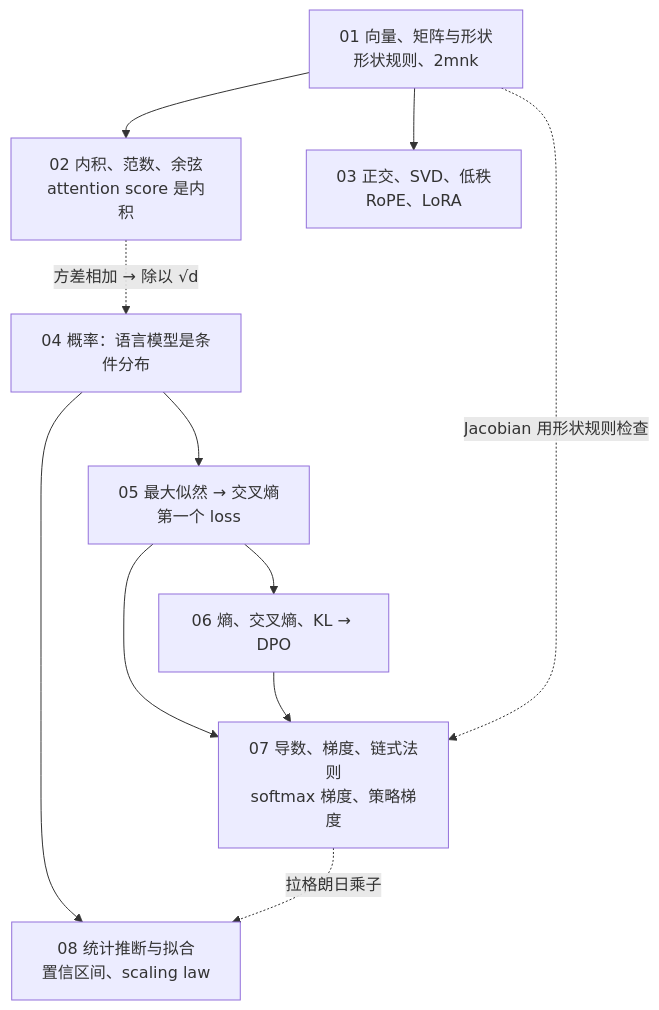
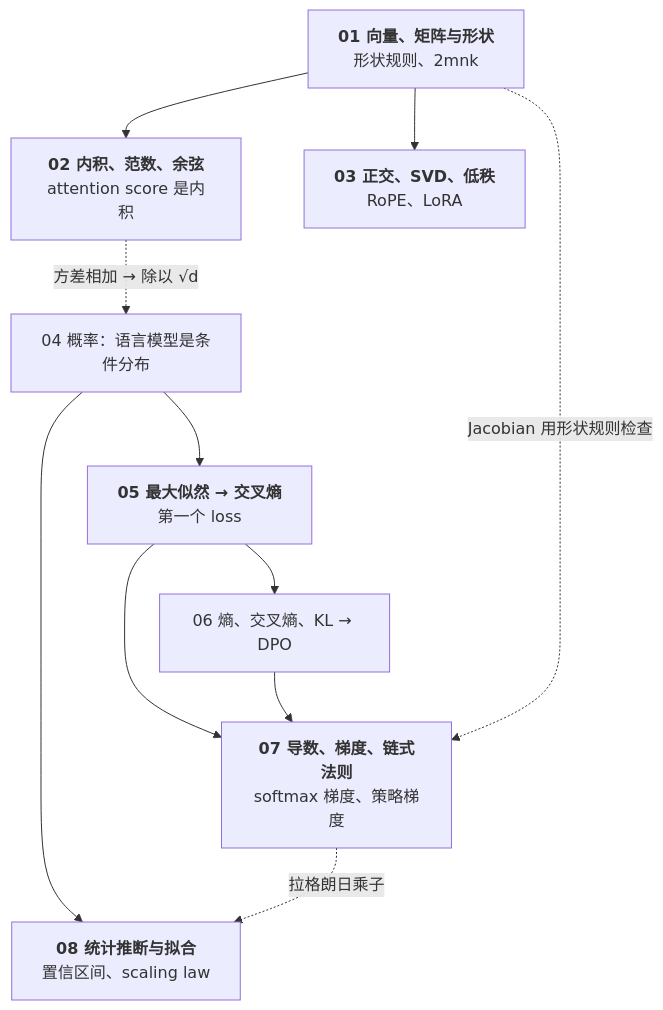
The first of 2 diagrams in _posts/2026-01-15-math-for-ai-series-recap-and-self-test.md (arganzheng/arganzheng.github.com), drawn with Mermaid before and after one commit. The commit also changed 2 other files, not shown here.

Commit message:
算法工程师的数学：读公式不卡壳的最小集：Mermaid 多行方框的首行标为标题（3 篇）
只在标签开头加 <b>…</b>，文字不变；长句、断句续行、代码 / 推演步骤、
并列行和判断菱形保持原样。

````diff
--- a/_posts/2026-01-15-math-for-ai-series-recap-and-self-test.md
+++ b/_posts/2026-01-15-math-for-ai-series-recap-and-self-test.md
@@ -19,15 +19,15 @@
 ```mermaid
 %%{init: {"flowchart": {"wrappingWidth": 170}}}%%
 %% 图：数学系列全景：形状与成本 → 分布 → 分布之间的差 → 求导 → 判断实验结果
 flowchart TB
-    M1["01 向量、矩阵与形状<br/>形状规则、2mnk"] --> M2["02 内积、范数、余弦<br/>attention score 是内积"]
-    M1 --> M3["03 正交、SVD、低秩<br/>RoPE、LoRA"]
-    M4["04 概率：语言模型是条件分布"] --> M5["05 最大似然 → 交叉熵<br/>第一个 loss"]
+    M1["<b>01 向量、矩阵与形状</b><br/>形状规则、2mnk"] --> M2["<b>02 内积、范数、余弦</b><br/>attention score 是内积"]
+    M1 --> M3["<b>03 正交、SVD、低秩</b><br/>RoPE、LoRA"]
+    M4["04 概率：语言模型是条件分布"] --> M5["<b>05 最大似然 → 交叉熵</b><br/>第一个 loss"]
     M5 --> M6["06 熵、交叉熵、KL → DPO"]
-    M5 & M6 --> M7["07 导数、梯度、链式法则<br/>softmax 梯度、策略梯度"]
+    M5 & M6 --> M7["<b>07 导数、梯度、链式法则</b><br/>softmax 梯度、策略梯度"]
     M1 -. "Jacobian 用形状规则检查" .-> M7
-    M4 --> M8["08 统计推断与拟合<br/>置信区间、scaling law"]
+    M4 --> M8["<b>08 统计推断与拟合</b><br/>置信区间、scaling law"]
     M7 -. "拉格朗日乘子" .-> M8
     M2 -. "方差相加 → 除以 √d" .-> M4
 
 ```
````
